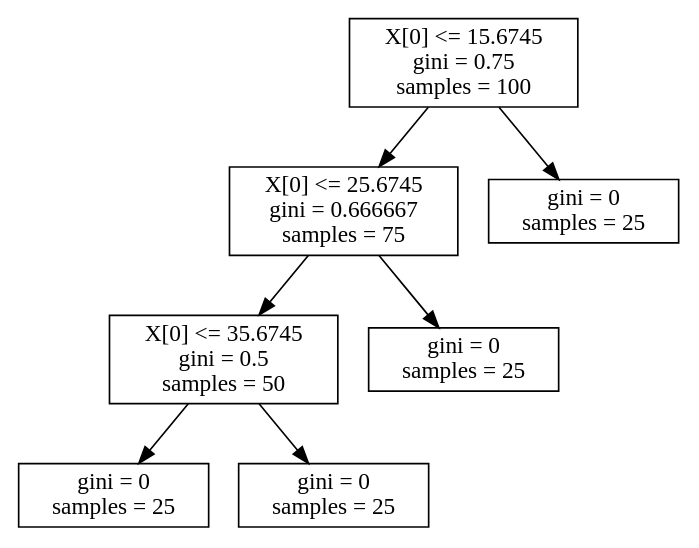
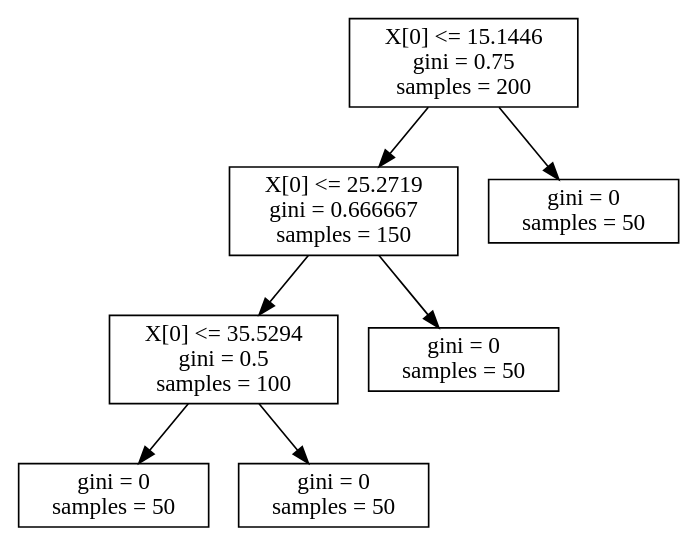
One commit to alex6792/ImageProcessingLib changed the diagram in tree.dot. Above: the diagram before and after it, drawn with Graphviz. The commit also changed 88 other files, not shown here.

```diff
--- a/tree.dot
+++ b/tree.dot
@@ -1,16 +1,16 @@
 digraph Tree {
 node [shape=box]
-0 [label="X[0] <= 15.6745\ngini = 0.75\nsamples = 100\n"] ;
+0 [label="X[0] <= 15.1446\ngini = 0.75\nsamples = 200\n"] ;
 0 -> 1 ;
 0 -> 2 ;
-1 [label="X[0] <= 25.6745\ngini = 0.666667\nsamples = 75\n"] ;
+1 [label="X[0] <= 25.2719\ngini = 0.666667\nsamples = 150\n"] ;
 1 -> 3 ;
 1 -> 4 ;
-2 [label="gini = 0\nsamples = 25\n"] ;
-3 [label="X[0] <= 35.6745\ngini = 0.5\nsamples = 50\n"] ;
+2 [label="gini = 0\nsamples = 50\n"] ;
+3 [label="X[0] <= 35.5294\ngini = 0.5\nsamples = 100\n"] ;
 3 -> 5 ;
 3 -> 6 ;
-4 [label="gini = 0\nsamples = 25\n"] ;
-5 [label="gini = 0\nsamples = 25\n"] ;
-6 [label="gini = 0\nsamples = 25\n"] ;
+4 [label="gini = 0\nsamples = 50\n"] ;
+5 [label="gini = 0\nsamples = 50\n"] ;
+6 [label="gini = 0\nsamples = 50\n"] ;
 }
```
